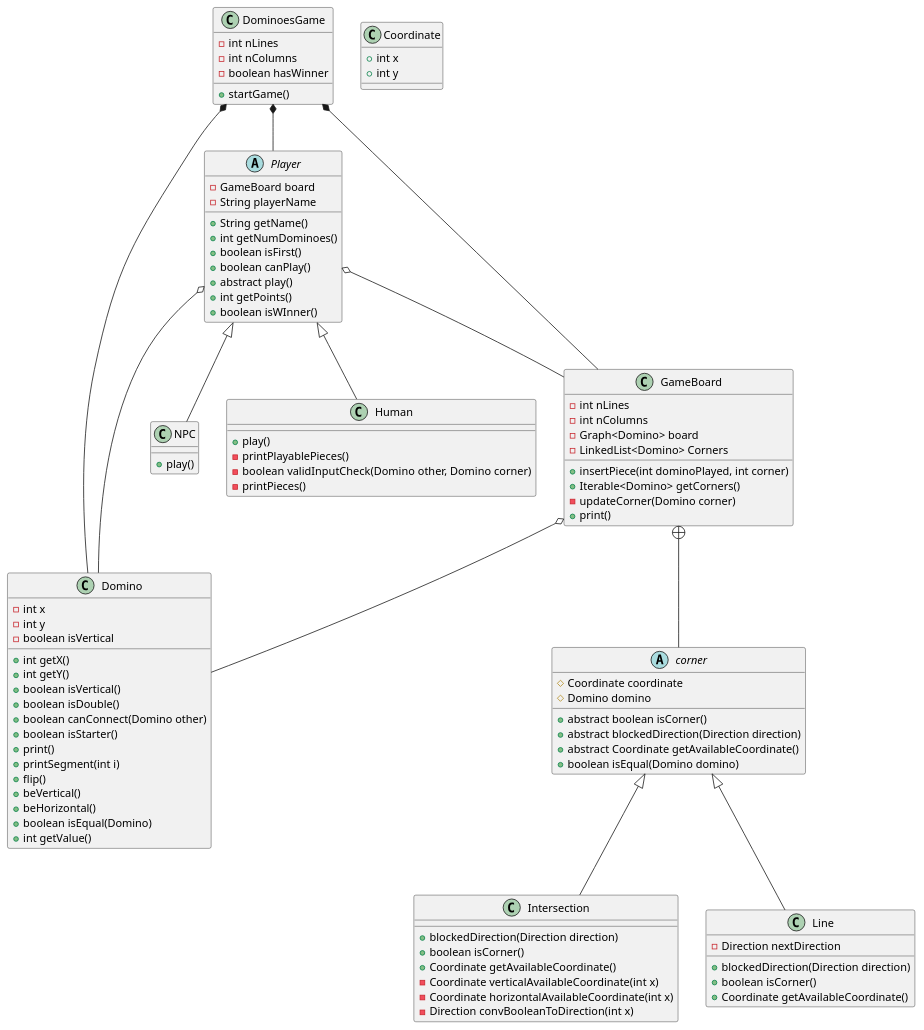
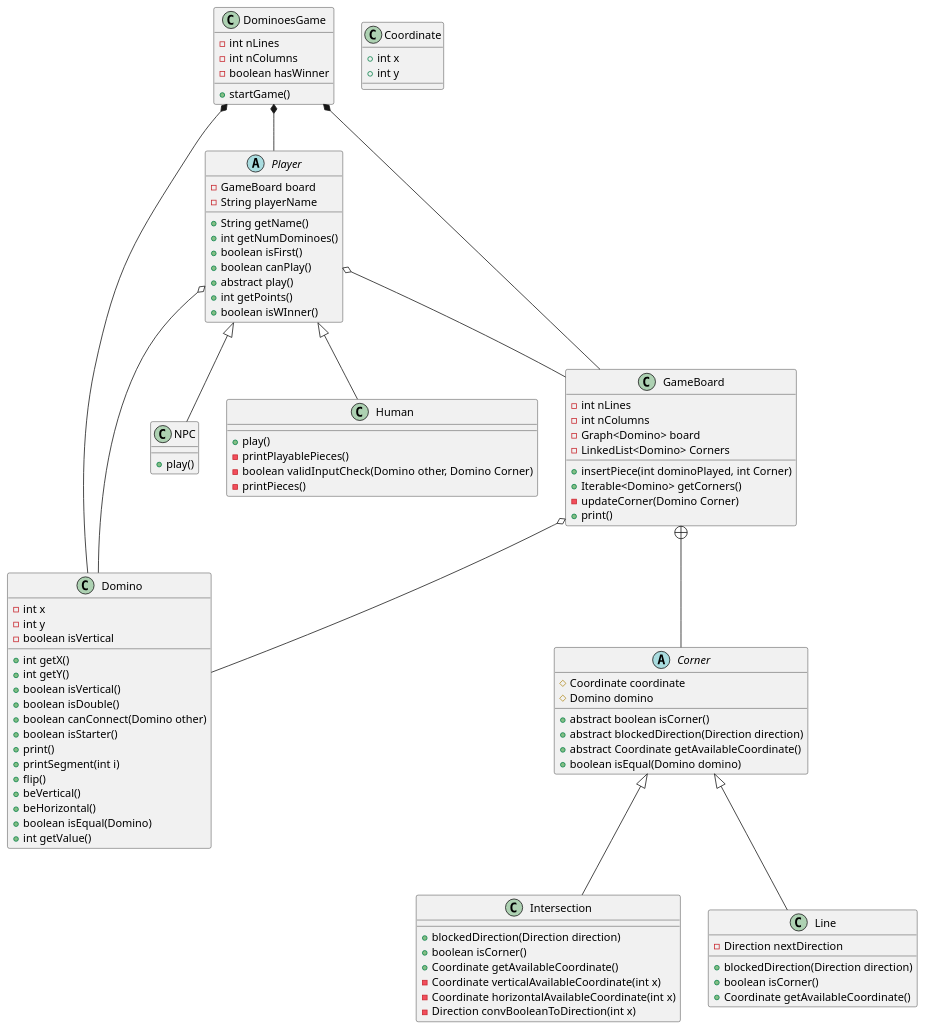
One commit to afonsoflou/DominoPOO changed the diagram in src/DominoUML.puml. Above: the diagram before and after it, drawn with PlantUML.

Commit message:
Human Fixes

```diff
--- a/src/DominoUML.puml
+++ b/src/DominoUML.puml
@@ -1,113 +1,113 @@
 @startuml
 
 class Domino {
     - int x
     - int y
     - boolean isVertical
 
     + int getX()
     + int getY()
     + boolean isVertical()
     + boolean isDouble()
     + boolean canConnect(Domino other)
     + boolean isStarter()
     + print()
     + printSegment(int i)
     + flip()
     + beVertical()
     + beHorizontal()
     + boolean isEqual(Domino)
     + int getValue()
 }
 
 class GameBoard {
     - int nLines
     - int nColumns
     - Graph<Domino> board
     - LinkedList<Domino> Corners
 
-    + insertPiece(int dominoPlayed, int corner)
+    + insertPiece(int dominoPlayed, int Corner)
     + Iterable<Domino> getCorners()
-    - updateCorner(Domino corner)
+    - updateCorner(Domino Corner)
     + print()
 }
 
 abstract class Player {
     - GameBoard board
     - String playerName
 
     + String getName()
     + int getNumDominoes()
     + boolean isFirst()
     + boolean canPlay()
     + abstract play()
     + int getPoints()
     + boolean isWInner()
 }
 
 class DominoesGame {
     - int nLines
     - int nColumns
     - boolean hasWinner
     + startGame()
 }
 
 class Human {
 
     + play()
     - printPlayablePieces()
-    - boolean validInputCheck(Domino other, Domino corner)
+    - boolean validInputCheck(Domino other, Domino Corner)
     - printPieces()
 }
 
 class NPC {
 
     + play()
 }
 
 class Coordinate{
     +int x
     +int y
 }
 
-abstract class corner{
+abstract class Corner{
     #Coordinate coordinate
     #Domino domino
 
     +abstract boolean isCorner()
     +abstract blockedDirection(Direction direction)
     +abstract Coordinate getAvailableCoordinate()
     +boolean isEqual(Domino domino)
 }
 
 class Intersection{
  + blockedDirection(Direction direction)
  + boolean isCorner()
  + Coordinate getAvailableCoordinate()
  - Coordinate verticalAvailableCoordinate(int x)
  - Coordinate horizontalAvailableCoordinate(int x)
  - Direction convBooleanToDirection(int x)
 }
 
 class Line{
   -Direction nextDirection
 
   + blockedDirection(Direction direction)
   + boolean isCorner()
   + Coordinate getAvailableCoordinate()
 }
 
 
 DominoesGame *-- Domino
 DominoesGame *-- GameBoard
 DominoesGame *-- Player
 GameBoard o-- Domino
 Player o-- Domino
 Player o-- GameBoard
 Player <|-- Human
 Player <|--NPC
-corner <|-- Intersection
-corner <|-- Line
-GameBoard +-- corner
+Corner <|-- Intersection
+Corner <|-- Line
+GameBoard +-- Corner
 
 @enduml
```
